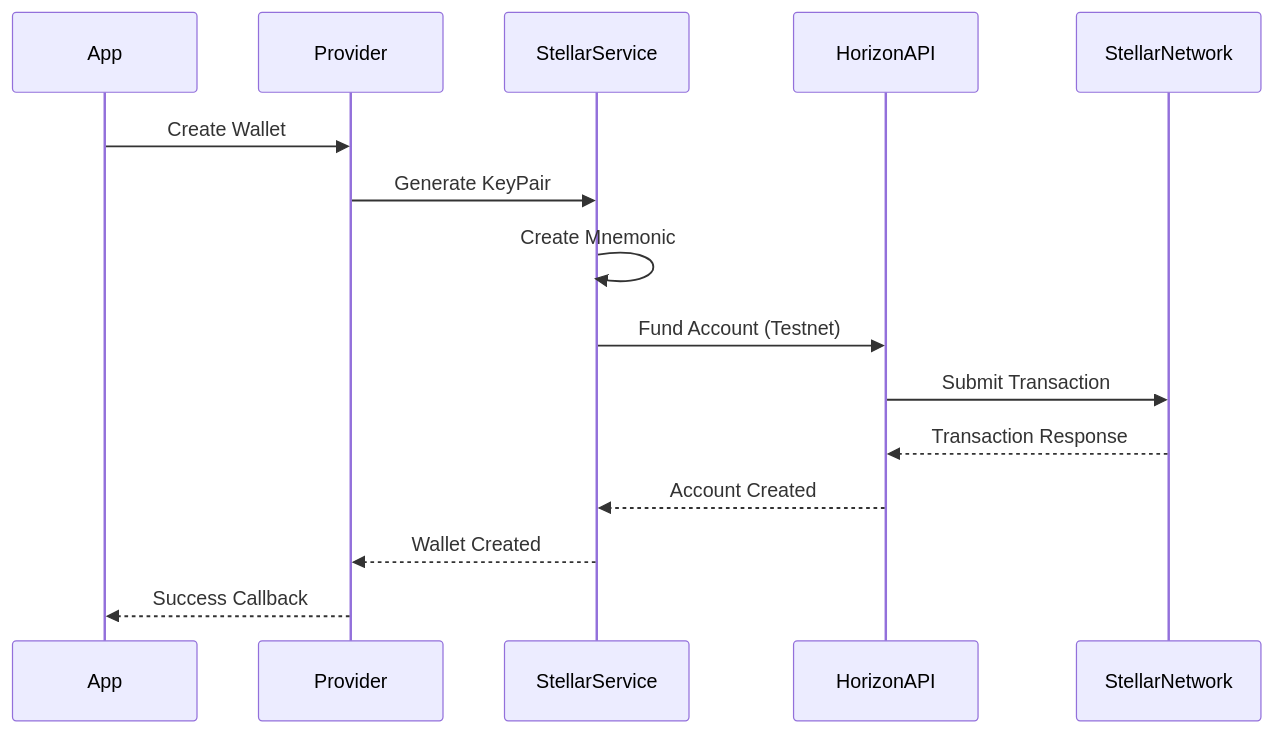
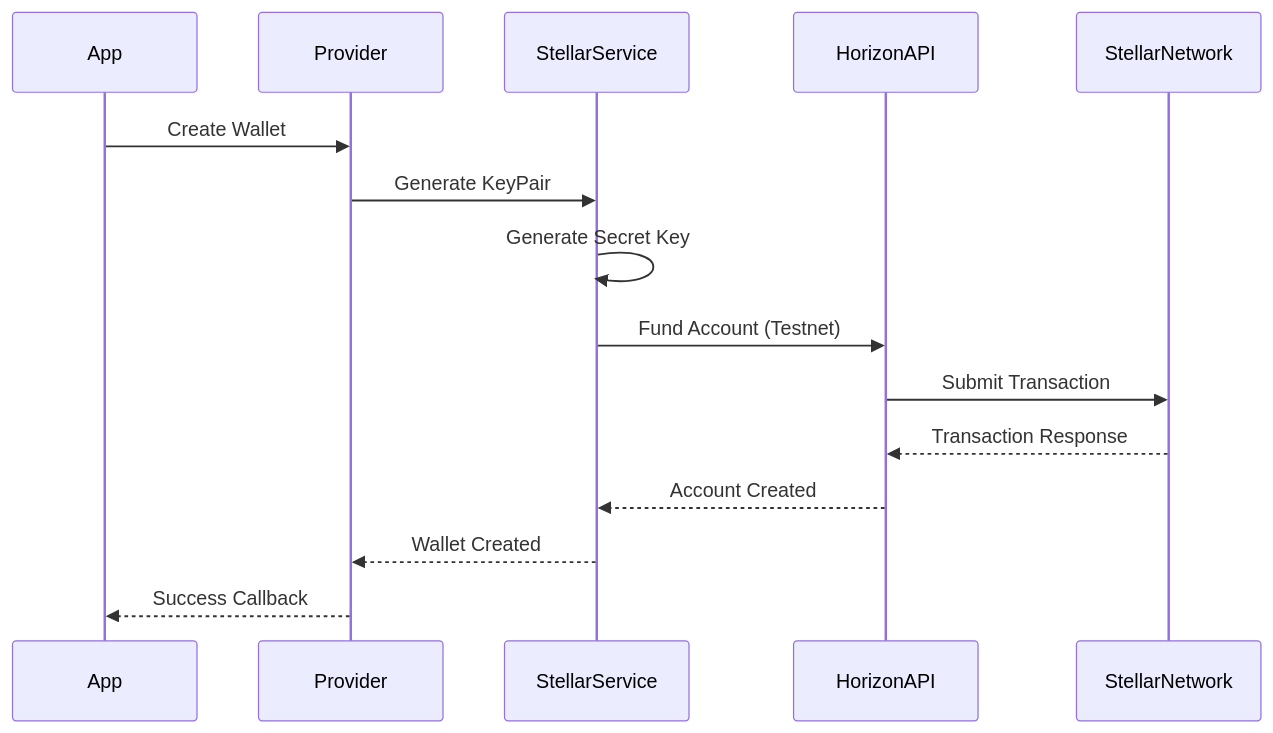
One commit to Mantis322/Gringotts-Wallet changed the seventh of 7 diagrams in README.md. Above: the diagram before and after it, drawn with Mermaid. The commit also changed other lines of this file and 12 other files, not shown here.

````diff
--- a/README.md
+++ b/README.md
@@ -538,18 +634,18 @@
 ```mermaid
 sequenceDiagram
     participant App
     participant Provider
     participant StellarService
     participant HorizonAPI
     participant StellarNetwork
     
     App->>Provider: Create Wallet
     Provider->>StellarService: Generate KeyPair
-    StellarService->>StellarService: Create Mnemonic
+    StellarService->>StellarService: Generate Secret Key
     StellarService->>HorizonAPI: Fund Account (Testnet)
     HorizonAPI->>StellarNetwork: Submit Transaction
     StellarNetwork-->>HorizonAPI: Transaction Response
     HorizonAPI-->>StellarService: Account Created
     StellarService-->>Provider: Wallet Created
     Provider-->>App: Success Callback
 ```
````
